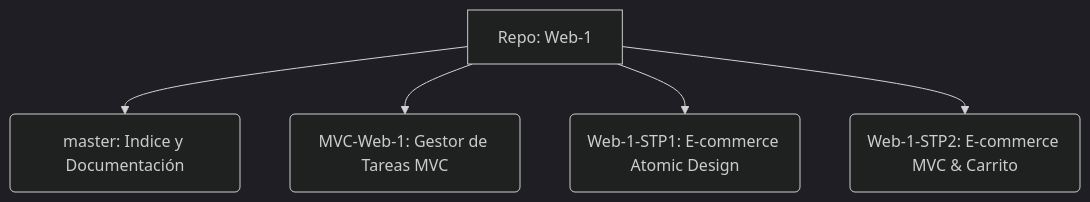
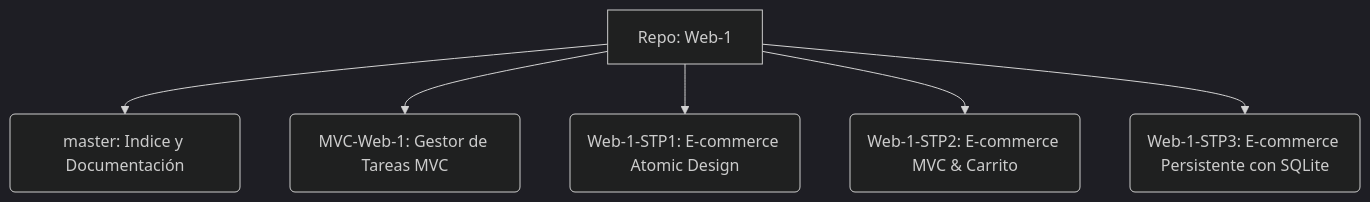
One commit to Niquinhoo/Web-1 changed the diagram in README.md. Above: the diagram before and after it, drawn with Mermaid (dark theme). The commit also changed other lines of this file, not shown here.

Commit message:
docs: add web-1-stp3 branch details to master readme

````diff
--- a/README.md
+++ b/README.md
@@ -7,7 +7,8 @@
 ```mermaid
 graph TD
     A[Repo: Web-1] --> B(master: Indice y Documentación)
     A --> C(MVC-Web-1: Gestor de Tareas MVC)
     A --> D(Web-1-STP1: E-commerce Atomic Design)
     A --> E(Web-1-STP2: E-commerce MVC & Carrito)
+    A --> F(Web-1-STP3: E-commerce Persistente con SQLite)
 ```
````
